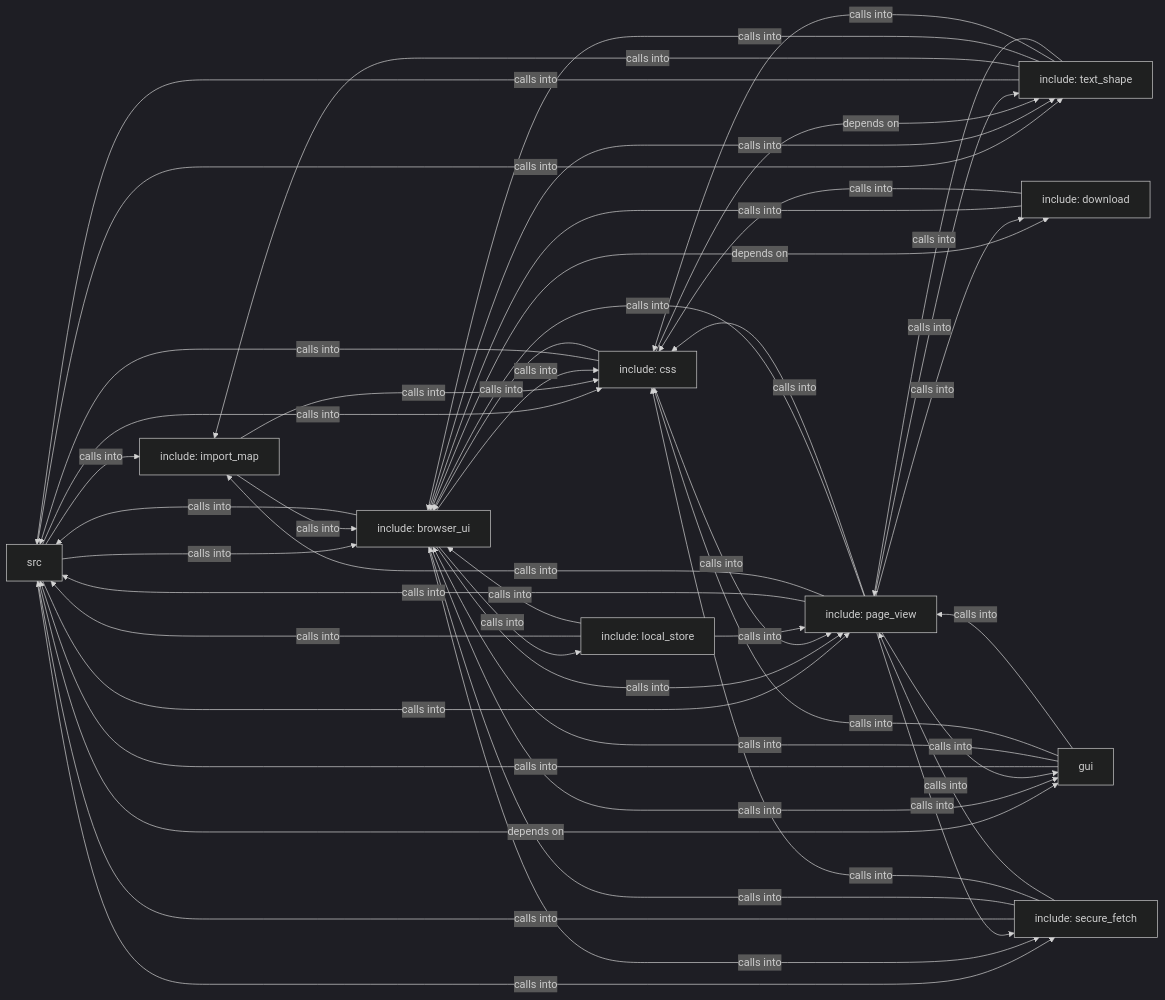
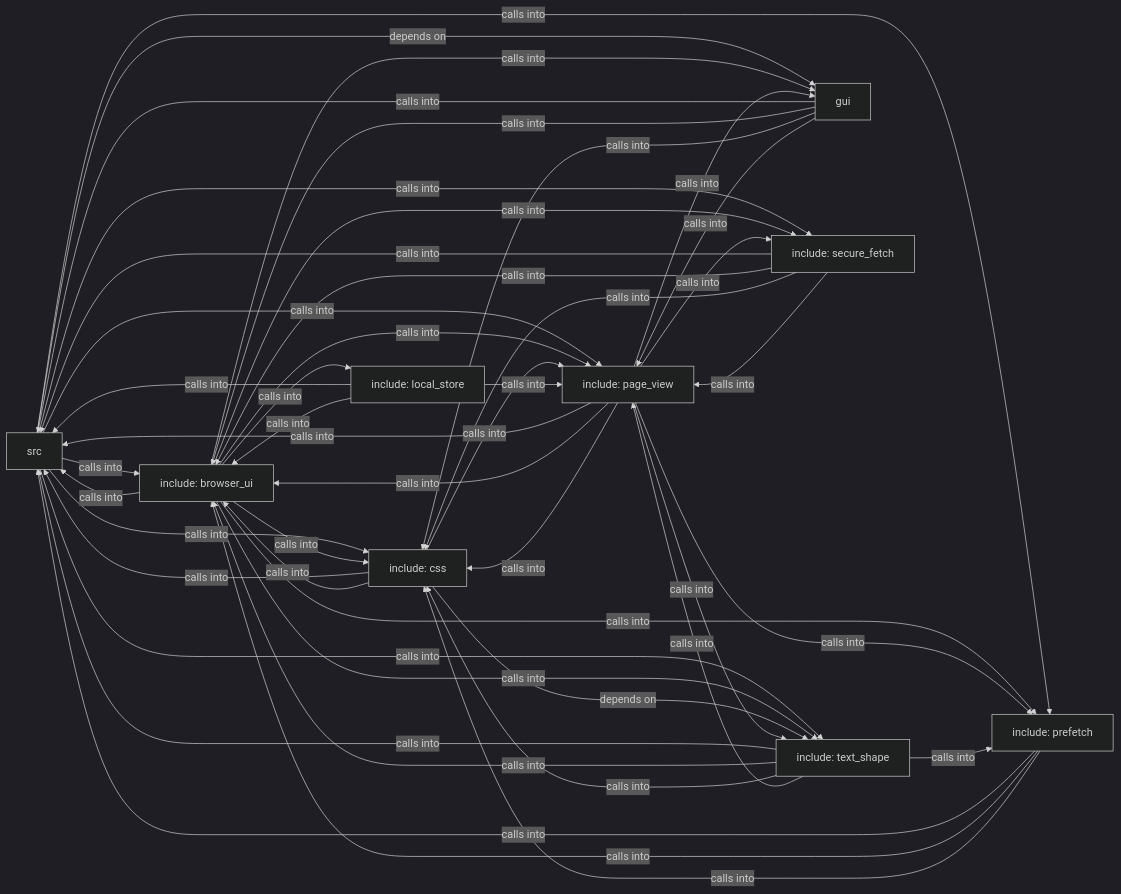
Before and after one commit to grisuno/FreeDom: the diagram in readmenator-diagrams/overview.md, drawn with Mermaid (dark theme). The commit also changed other lines of this file and 323 other files, not shown here.

````diff
--- a/readmenator-diagrams/overview.md
+++ b/readmenator-diagrams/overview.md
@@ -1,69 +1,66 @@
 ```mermaid
 graph LR
     src["src"]
     include_browser_ui["include: browser_ui"]
     include_css["include: css"]
     include_page_view["include: page_view"]
     include_text_shape["include: text_shape"]
     include_local_store["include: local_store"]
     gui["gui"]
     include_secure_fetch["include: secure_fetch"]
-    include_download["include: download"]
-    include_import_map["include: import_map"]
-    src -- "calls into" --> include_import_map
+    include_prefetch["include: prefetch"]
     src -- "calls into" --> include_browser_ui
     src -- "calls into" --> include_css
     src -- "calls into" --> include_page_view
     src -- "calls into" --> include_text_shape
     src -- "depends on" --> gui
     src -- "calls into" --> include_secure_fetch
-    include_import_map -- "calls into" --> include_browser_ui
-    include_import_map -- "calls into" --> include_css
+    src -- "calls into" --> include_prefetch
     include_browser_ui -- "calls into" --> src
     include_browser_ui -- "calls into" --> include_css
     include_browser_ui -- "calls into" --> include_page_view
     include_browser_ui -- "calls into" --> include_text_shape
     include_browser_ui -- "calls into" --> include_local_store
     include_browser_ui -- "calls into" --> gui
     include_browser_ui -- "calls into" --> include_secure_fetch
-    include_browser_ui -- "depends on" --> include_download
+    include_browser_ui -- "calls into" --> include_prefetch
     include_css -- "calls into" --> src
     include_css -- "calls into" --> include_browser_ui
     include_css -- "calls into" --> include_page_view
     include_css -- "depends on" --> include_text_shape
     include_page_view -- "calls into" --> src
-    include_page_view -- "calls into" --> include_import_map
     include_page_view -- "calls into" --> include_browser_ui
     include_page_view -- "calls into" --> include_css
     include_page_view -- "calls into" --> include_text_shape
     include_page_view -- "calls into" --> gui
     include_page_view -- "calls into" --> include_secure_fetch
-    include_page_view -- "calls into" --> include_download
+    include_page_view -- "calls into" --> include_prefetch
     include_text_shape -- "calls into" --> src
-    include_text_shape -- "calls into" --> include_import_map
     include_text_shape -- "calls into" --> include_browser_ui
     include_text_shape -- "calls into" --> include_css
     include_text_shape -- "calls into" --> include_page_view
+    include_text_shape -- "calls into" --> include_prefetch
     include_local_store -- "calls into" --> src
     include_local_store -- "calls into" --> include_browser_ui
     include_local_store -- "calls into" --> include_page_view
     gui -- "calls into" --> src
     gui -- "calls into" --> include_browser_ui
     gui -- "calls into" --> include_css
     gui -- "calls into" --> include_page_view
     include_secure_fetch -- "calls into" --> src
     include_secure_fetch -- "calls into" --> include_browser_ui
     include_secure_fetch -- "calls into" --> include_css
     include_secure_fetch -- "calls into" --> include_page_view
-    include_download -- "calls into" --> include_browser_ui
-    include_download -- "calls into" --> include_css
+    include_prefetch -- "calls into" --> src
+    include_prefetch -- "calls into" --> include_browser_ui
+    include_prefetch -- "calls into" --> include_css
     click src href "./src.md" "Details"
     click include_browser_ui href "./include_browser_ui.md" "Details"
     click include_css href "./include_css.md" "Details"
     click include_page_view href "./include_page_view.md" "Details"
     click include_text_shape href "./include_text_shape.md" "Details"
     click include_local_store href "./include_local_store.md" "Details"
     click gui href "./gui.md" "Details"
     click include_secure_fetch href "./include_secure_fetch.md" "Details"
-    click include_download href "./include_download.md" "Details"
+    click include_prefetch href "./include_prefetch.md" "Details"
 ```
````
